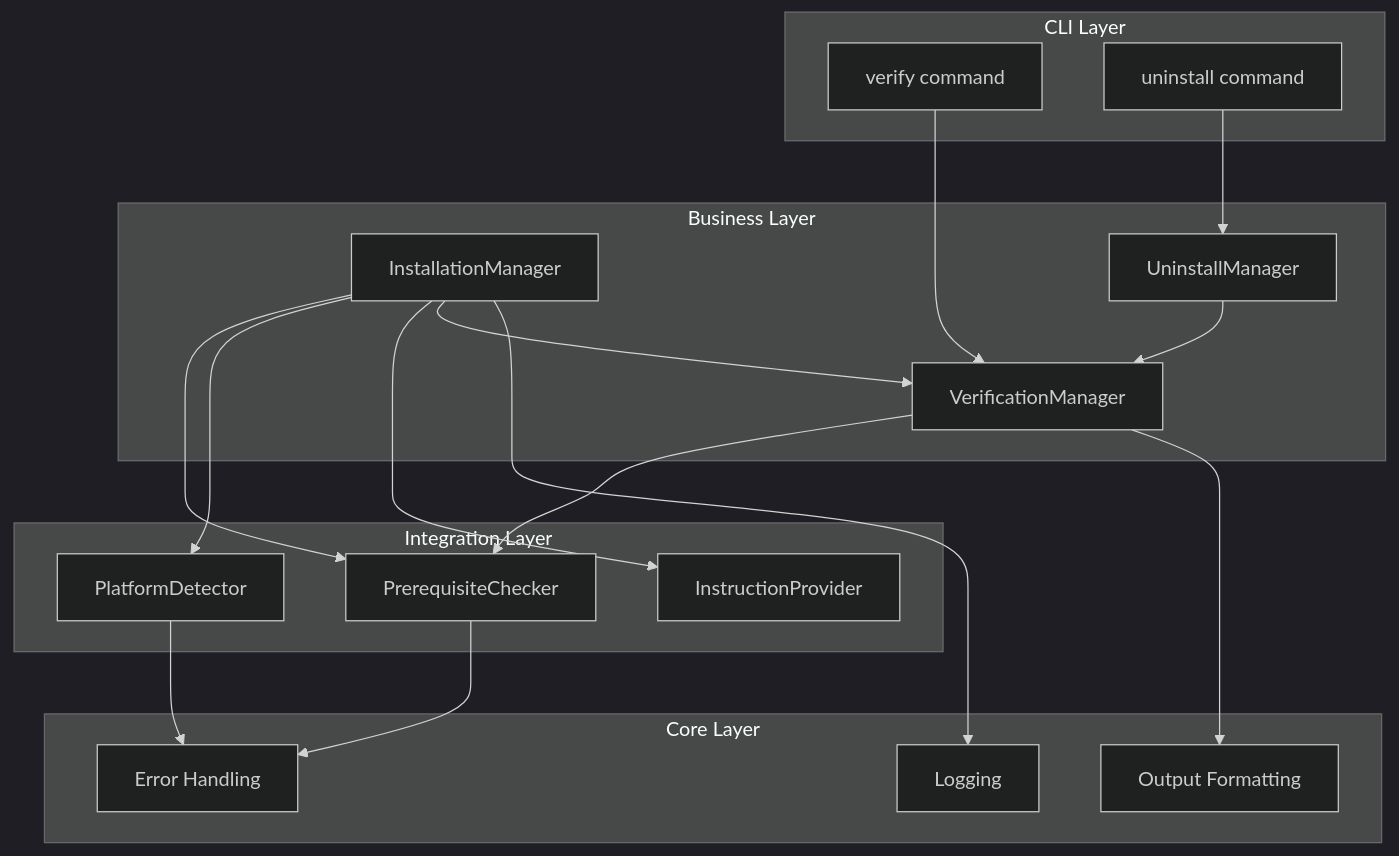
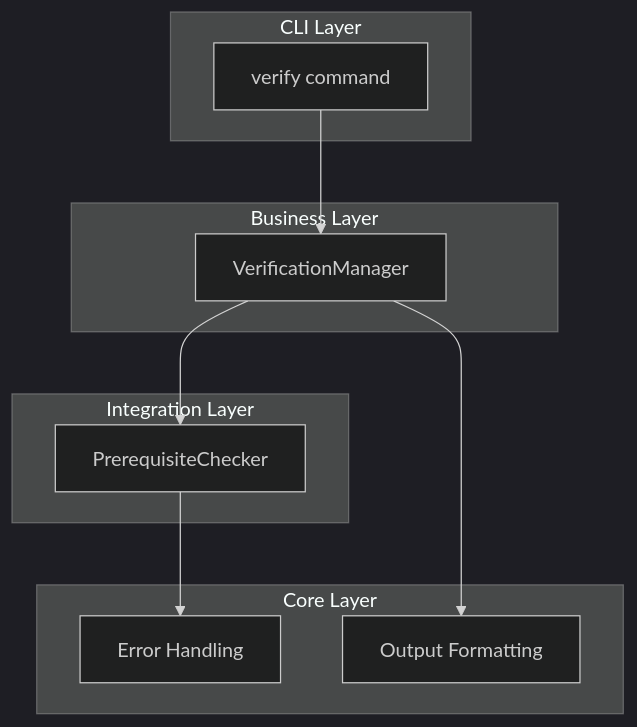
Before and after one commit to lago-morph/ai-k8s: the first of 2 diagrams in .claude/specs/installer/design.md, drawn with Mermaid (dark theme). The commit also changed other lines of this file and 6 other files, not shown here.

````diff
--- a/.claude/specs/installer/design.md
+++ b/.claude/specs/installer/design.md
@@ -70,40 +19,24 @@
 ```mermaid
 graph TB
     subgraph "CLI Layer"
         VerifyCmd[verify command]
-        UninstallCmd[uninstall command]
     end
 
     subgraph "Business Layer"
-        InstallMgr[InstallationManager]
         VerifyMgr[VerificationManager]
-        UninstallMgr[UninstallManager]
     end
 
     subgraph "Integration Layer"
         PrereqCheck[PrerequisiteChecker]
-        PlatformDet[PlatformDetector]
-        InstructProv[InstructionProvider]
     end
 
     subgraph "Core Layer"
         Errors[Error Handling]
-        Logging[Logging]
         Output[Output Formatting]
     end
 
     VerifyCmd --> VerifyMgr
-    UninstallCmd --> UninstallMgr
-    InstallMgr --> PrereqCheck
-    InstallMgr --> PlatformDet
-    InstallMgr --> InstructProv
-    InstallMgr --> VerifyMgr
-
     VerifyMgr --> PrereqCheck
-    UninstallMgr --> VerifyMgr
-
+    VerifyMgr --> Output
     PrereqCheck --> Errors
-    PlatformDet --> Errors
-    InstallMgr --> Logging
-    VerifyMgr --> Output
 ```
````
